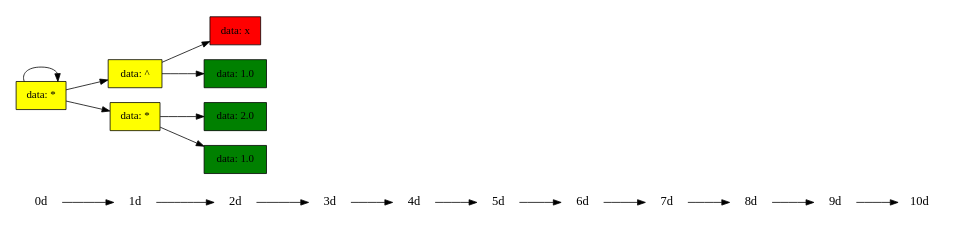
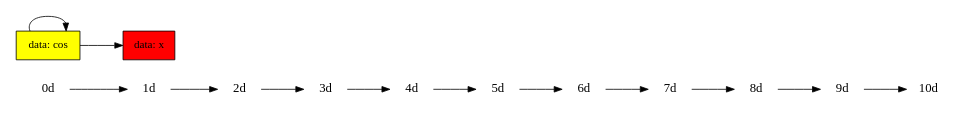
The diagram in dump.dot (AlekseiSeverin03/differentiator), drawn with Graphviz before and after one commit. The commit also changed 7 other files, not shown here.

```diff
--- a/dump.dot
+++ b/dump.dot
@@ -1,24 +1,14 @@
 digraph List
 {
 	rankdir = LR;
 	ranksep=.75; size = "7.5,7.5"
 	{
 		node [shape=plaintext, fontsize=16];
 		"0d"->"1d"->"2d"->"3d"->"4d"->"5d"->"6d"->"7d"->"8d"->"9d"->"10d";
 	}
 node [shape = record, style = filled];
-	{rank = same; "2d"; "0x128606b10" [label = "data: x ", fillcolor = "red"];}
-	{rank = same; "1d"; "0x128606ab0" [label = "data: ^ ", fillcolor = "yellow"];}
-	{rank = same; "2d"; "0x128606b40" [label = "data: 1.0 ", fillcolor = "green"];}
-	{rank = same; "0d"; "0x128606a80" [label = "data: * ", fillcolor = "yellow"];}
-	{rank = same; "2d"; "0x128606b70" [label = "data: 2.0 ", fillcolor = "green"];}
-	{rank = same; "1d"; "0x128606ae0" [label = "data: * ", fillcolor = "yellow"];}
-	{rank = same; "2d"; "0x128606ba0" [label = "data: 1.0 ", fillcolor = "green"];}
-	"0x128606ab0"->"0x128606b10" [color = "black", frontcolor = "grey", label = ""];
-	"0x128606a80"->"0x128606ab0" [color = "black", frontcolor = "grey", label = ""];
-	"0x128606ab0"->"0x128606b40" [color = "black", frontcolor = "grey", label = ""];
-	"0x128606a80"->"0x128606a80" [color = "black", frontcolor = "grey", label = ""];
-	"0x128606ae0"->"0x128606b70" [color = "black", frontcolor = "grey", label = ""];
-	"0x128606a80"->"0x128606ae0" [color = "black", frontcolor = "grey", label = ""];
-	"0x128606ae0"->"0x128606ba0" [color = "black", frontcolor = "grey", label = ""];
+	{rank = same; "0d"; "0x12df042f0" [label = "data: cos ", fillcolor = "yellow"];}
+	{rank = same; "1d"; "0x12df04320" [label = "data: x ", fillcolor = "red"];}
+	"0x12df042f0"->"0x12df042f0" [color = "black", frontcolor = "grey", label = ""];
+	"0x12df042f0"->"0x12df04320" [color = "black", frontcolor = "grey", label = ""];
 }
```
